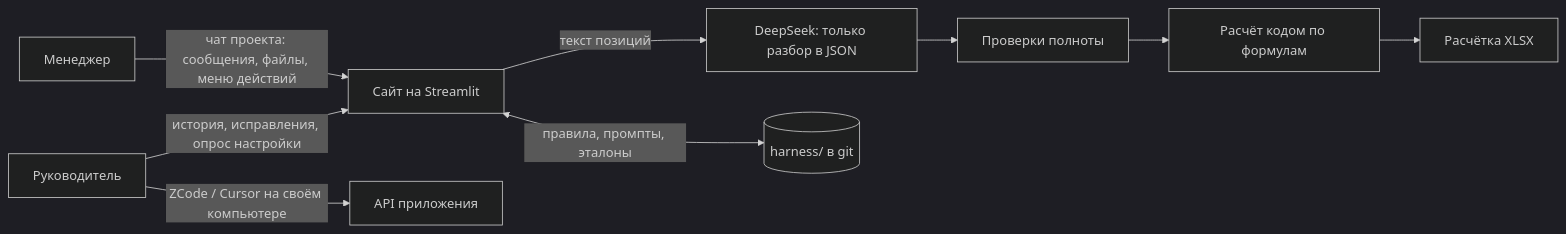
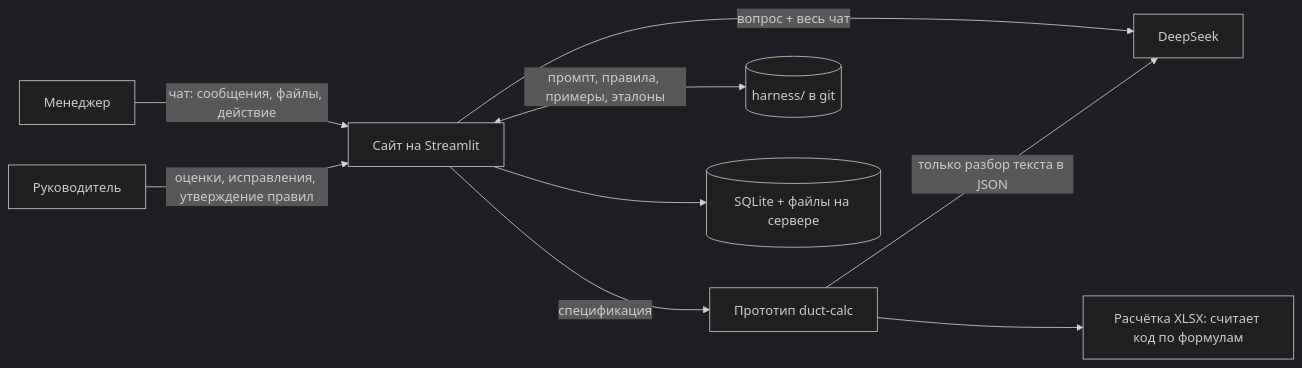
The first of 2 diagrams in README.md (exmuzzy/ameri), drawn with Mermaid (dark theme) before and after one commit. The commit also changed other lines of this file and 3 other files, not shown here.

````diff
--- a/README.md
+++ b/README.md
@@ -9,11 +15,11 @@
 ```mermaid
 flowchart LR
-    M[Менеджер] -->|чат проекта: сообщения, файлы, меню действий| APP[Сайт на Streamlit]
-    APP -->|текст позиций| DS[DeepSeek: только разбор в JSON]
-    DS --> CHK[Проверки полноты]
-    CHK --> CALC[Расчёт кодом по формулам]
-    CALC --> XLSX[Расчётка XLSX]
-    R[Руководитель] -->|история, исправления, опрос настройки| APP
-    R -->|ZCode / Cursor на своём компьютере| API[API приложения]
-    APP <-->|правила, промпты, эталоны| H[(harness/ в git)]
+    M[Менеджер] -->|чат: сообщения, файлы, действие| APP[Сайт на Streamlit]
+    R[Руководитель] -->|оценки, исправления, утверждение правил| APP
+    APP -->|вопрос + весь чат| DS[DeepSeek]
+    APP -->|спецификация| DC[Прототип duct-calc]
+    DC -->|только разбор текста в JSON| DS
+    DC --> XLSX[Расчётка XLSX: считает код по формулам]
+    APP <-->|промпт, правила, примеры, эталоны| H[(harness/ в git)]
+    APP --> DB[(SQLite + файлы на сервере)]
 ```
````
